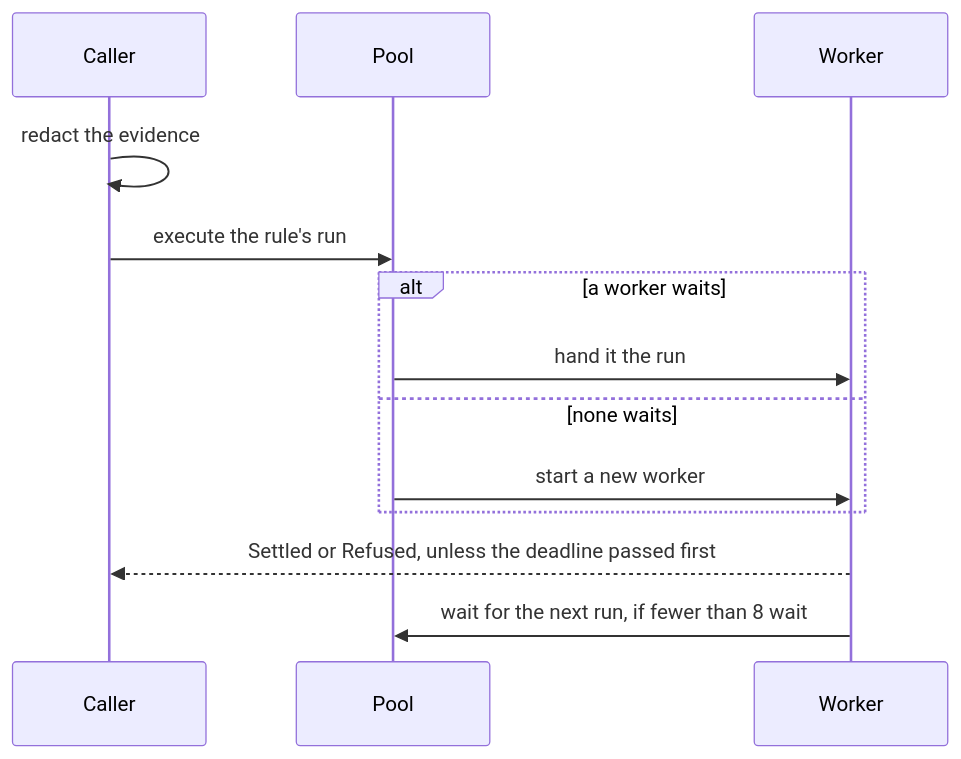
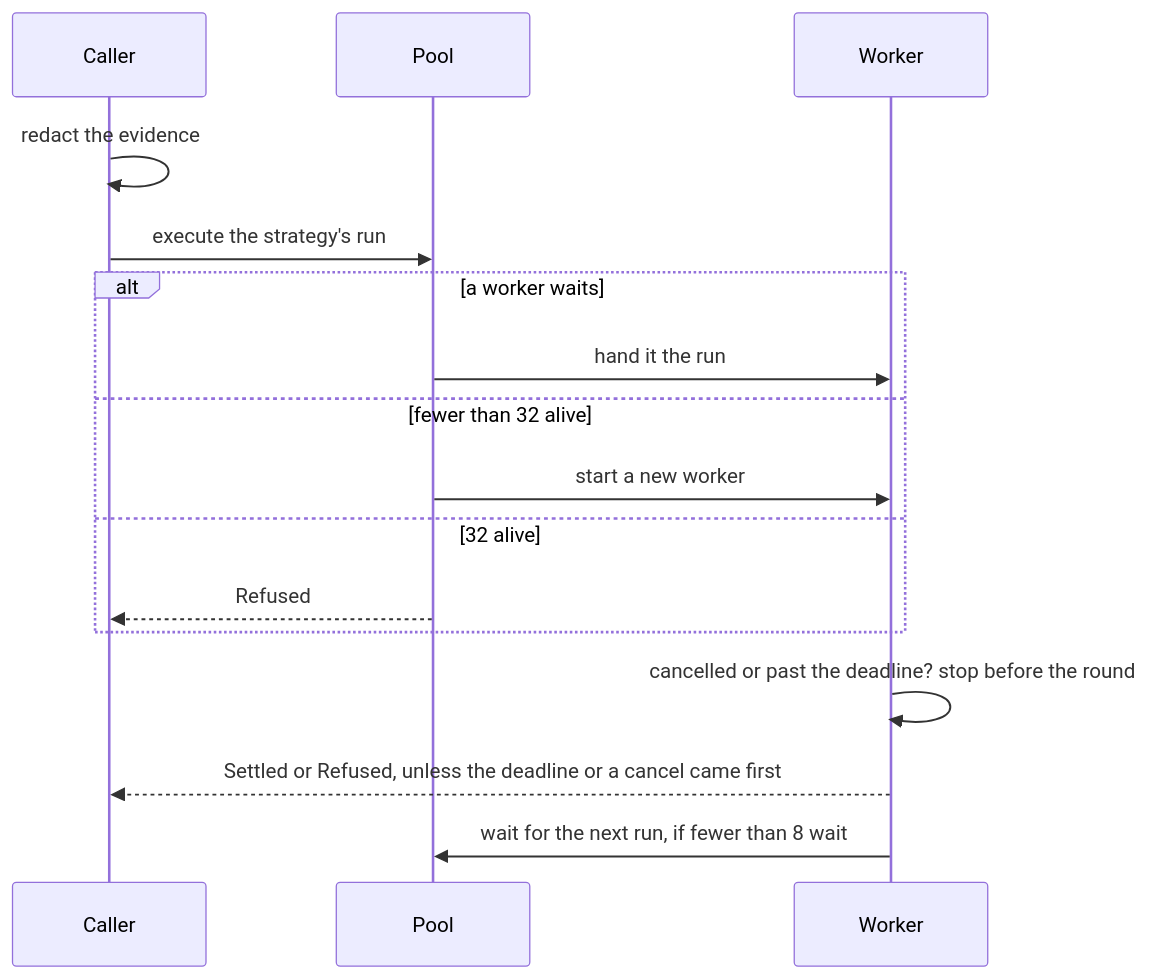
Before and after one commit to StevenJPx2/chauffeur: the diagram in crates/runtime/src/run/README.md, drawn with Mermaid. The commit also changed other lines of this file and 16 other files, not shown here.

Commit message:
feat(runtime): admit navigations and run strategies until their deadline or cancellation

````diff
--- a/crates/runtime/src/run/README.md
+++ b/crates/runtime/src/run/README.md
@@ -12,15 +15,18 @@
 ```mermaid
 sequenceDiagram
     participant C as Caller
     participant P as Pool
     participant W as Worker
     C->>C: redact the evidence
-    C->>P: execute the rule's run
+    C->>P: execute the strategy's run
     alt a worker waits
         P->>W: hand it the run
-    else none waits
+    else fewer than 32 alive
         P->>W: start a new worker
+    else 32 alive
+        P-->>C: Refused
     end
-    W-->>C: Settled or Refused, unless the deadline passed first
+    W->>W: cancelled or past the deadline? stop before the round
+    W-->>C: Settled or Refused, unless the deadline or a cancel came first
     W->>P: wait for the next run, if fewer than 8 wait
 ```
````
